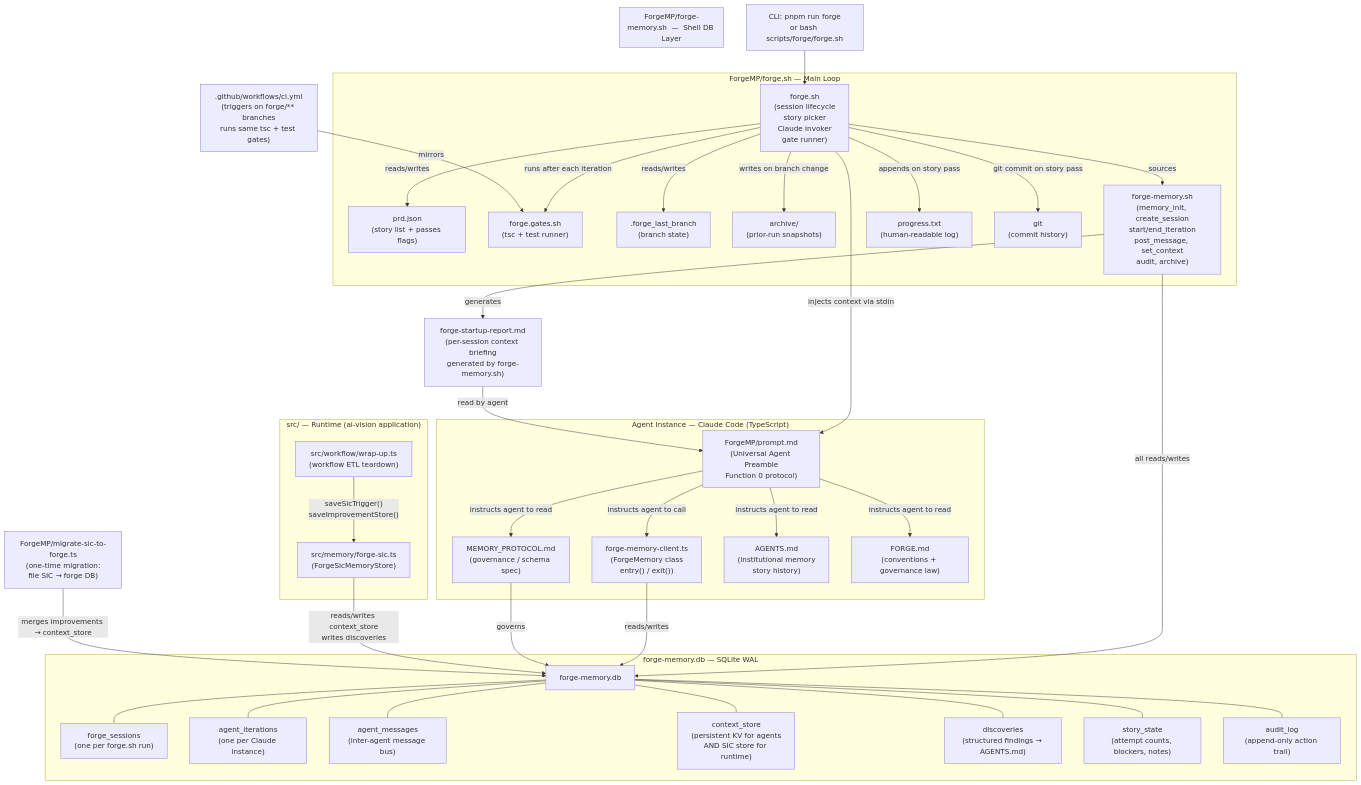
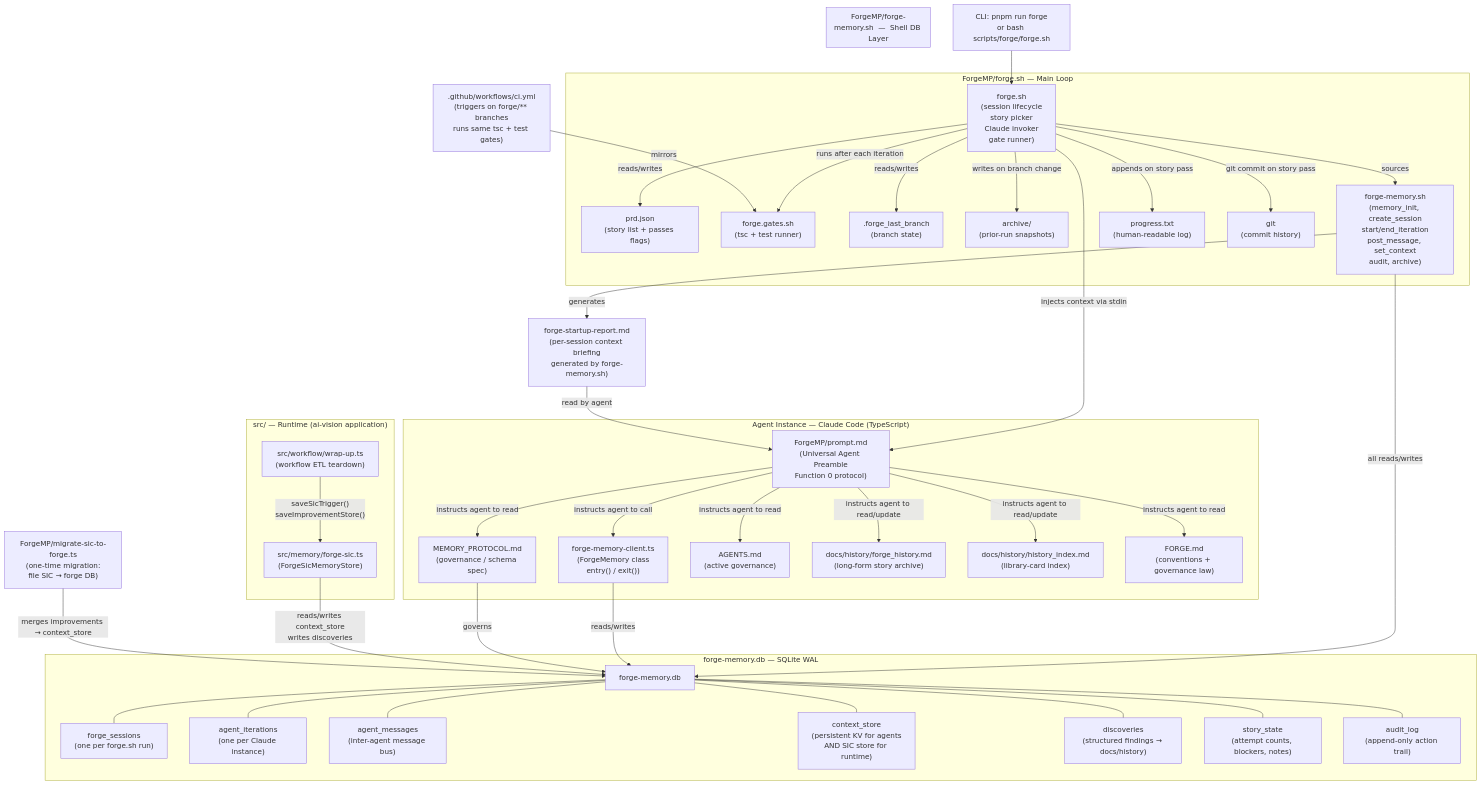
The diagram in ForgeMP/ForgeMP_modules.md (RobbyMo81/ai_vision), drawn with Mermaid before and after one commit. The commit also changed other lines of this file and 98 other files, not shown here.

```diff
--- a/ForgeMP/ForgeMP_modules.md
+++ b/ForgeMP/ForgeMP_modules.md
@@ -83,7 +85,7 @@
         T2["agent_iterations\n(one per Claude instance)"]
         T3["agent_messages\n(inter-agent message bus)"]
         T4["context_store\n(persistent KV for agents\nAND SIC store for runtime)"]
-        T5["discoveries\n(structured findings → AGENTS.md)"]
+        T5["discoveries\n(structured findings → docs/history)"]
         T6["story_state\n(attempt counts, blockers, notes)"]
         T7["audit_log\n(append-only action trail)"]
         DB --- T1 & T2 & T3 & T4 & T5 & T6 & T7
@@ -94,13 +96,17 @@
         PROMPT["ForgeMP/prompt.md\n(Universal Agent Preamble\nFunction 0 protocol)"]
         MEM_CLIENT["forge-memory-client.ts\n(ForgeMemory class\nentry() / exit())"]
         PROTOCOL["MEMORY_PROTOCOL.md\n(governance / schema spec)"]
-        AGENTS_MD["AGENTS.md\n(institutional memory\nstory history)"]
+        AGENTS_MD["AGENTS.md\n(active governance)"]
+        HISTORY_MD["docs/history/forge_history.md\n(long-form story archive)"]
+        HISTORY_INDEX["docs/history/history_index.md\n(library-card index)"]
         FORGE_MD["FORGE.md\n(conventions + governance law)"]
 
         FORGE_SH -->|"injects context via stdin"| PROMPT
         PROMPT -->|"instructs agent to call"| MEM_CLIENT
         PROMPT -->|"instructs agent to read"| PROTOCOL
         PROMPT -->|"instructs agent to read"| AGENTS_MD
+        PROMPT -->|"instructs agent to read/update"| HISTORY_MD
+        PROMPT -->|"instructs agent to read/update"| HISTORY_INDEX
         PROMPT -->|"instructs agent to read"| FORGE_MD
         MEM_CLIENT -->|"reads/writes"| DB
         PROTOCOL -->|"governs"| DB
```
